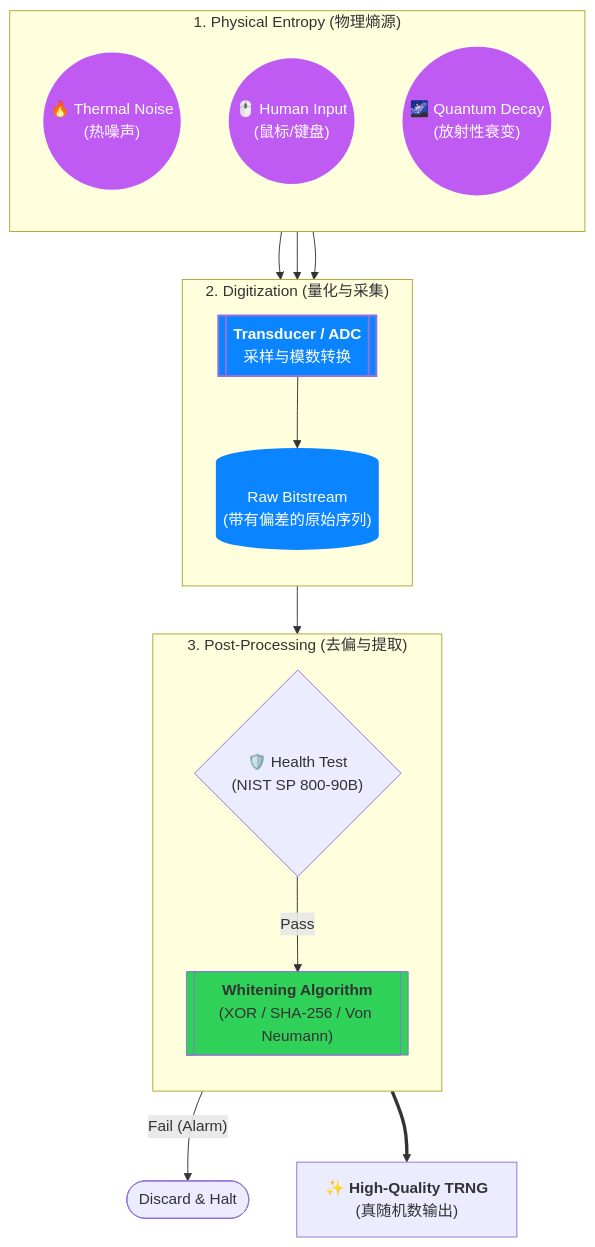
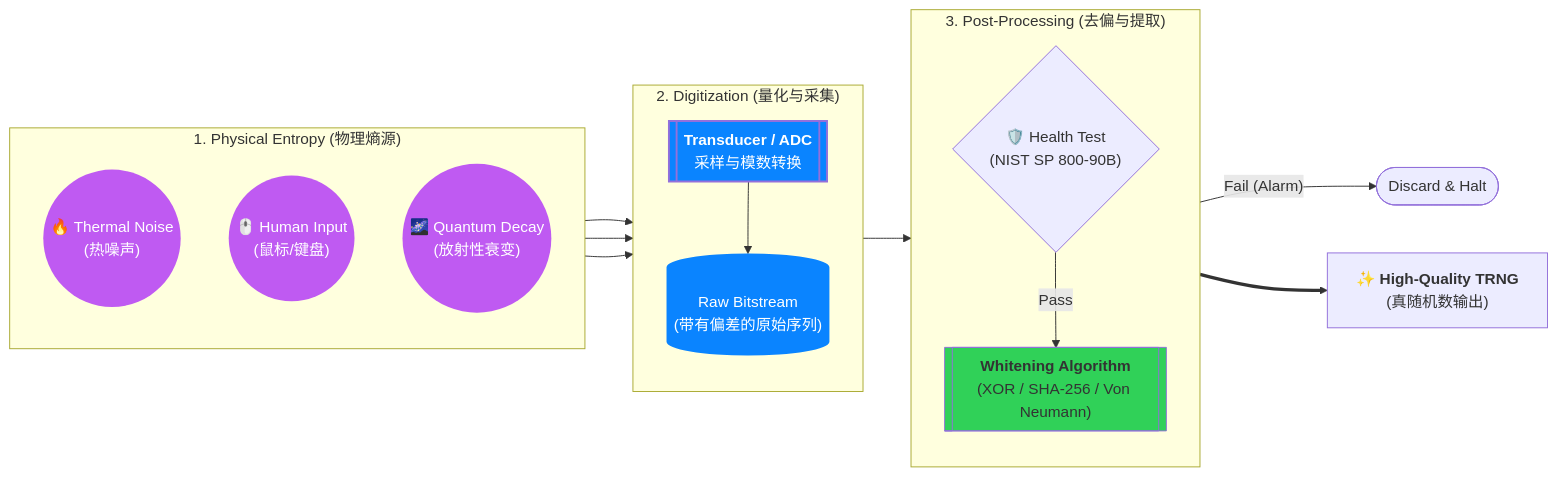
The second of 3 diagrams in source/_posts/2024/2024-02-25_计算机随机数生成原理详解.md (teatang/t-blog), drawn with Mermaid before and after one commit. The commit also changed other lines of this file and 5 other files, not shown here.

```diff
--- a/source/_posts/2024/2024-02-25_计算机随机数生成原理详解.md
+++ b/source/_posts/2024/2024-02-25_计算机随机数生成原理详解.md
@@ -167,47 +167,47 @@
 {% mermaid %}
-graph TD
+graph LR
     %% --- 物理采集层 ---
     subgraph EntropySource ["1. Physical Entropy (物理熵源)"]
         direction TB
         Source1(("🔥 Thermal Noise <br/> (热噪声)"))
         Source2(("🖱️ Human Input <br/> (鼠标/键盘)"))
         Source3(("🌌 Quantum Decay <br/> (放射性衰变)"))
     end
 
     %% --- 数字化层 ---
     subgraph Digitization ["2. Digitization (量化与采集)"]
         direction TB
         ADC[["<b>Transducer / ADC</b><br/>采样与模数转换"]]
         RawBits[("Raw Bitstream<br/>(带有偏差的原始序列)")]
     end
 
     %% --- 处理与监测层 ---
     subgraph Conditioning ["3. Post-Processing (去偏与提取)"]
         direction TB
         Health{"🛡️ Health Test<br/>(NIST SP 800-90B)"}
         Whitening[["<b>Whitening Algorithm</b><br/>(XOR / SHA-256 / Von Neumann)"]]
     end
 
     %% --- 逻辑连接 ---
     Source1 & Source2 & Source3 --> ADC
     ADC --> RawBits
     RawBits --> Health
     
     Health -- "Pass" --> Whitening
     Health -- "Fail (Alarm)" --> Fail([Discard & Halt])
 
     Whitening ==> Output["✨ <b>High-Quality TRNG</b><br/>(真随机数输出)"]
 
     %% --- 黑暗模式样式优化 ---
     %% 熵源：紫色（代表混沌与未知）
     style Source1 fill:#bf5af2,color:#fff,stroke:none
     style Source2 fill:#bf5af2,color:#fff,stroke:none
     style Source3 fill:#bf5af2,color:#fff,stroke:none
     
     %% 采集：蓝色（代表电子处理）
     style ADC fill:#0a84ff,color:#fff,stroke-width:2px
     style RawBits fill:#0a84ff,color:#fff,stroke:none
     
     %% 后处理：绿色（代表合格与安全）
     style Whitening fill:#30d158
 {% endmermaid %}
```
